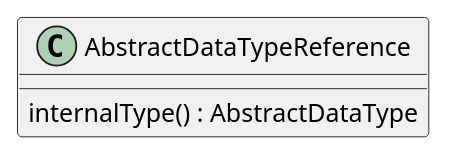
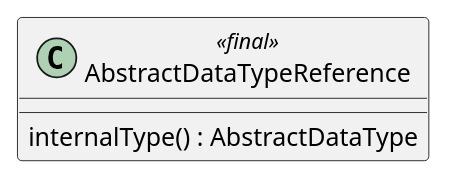
The diagram in type/AbstractDataTypeReference.iuml (binaire10/Traducteur-Algo), drawn with PlantUML before and after one commit. The commit also changed 5 other files, not shown here.

Commit message:
update uml

```diff
--- a/type/AbstractDataTypeReference.iuml
+++ b/type/AbstractDataTypeReference.iuml
@@ -1,3 +1,3 @@
-class AbstractDataTypeReference {
+class AbstractDataTypeReference<<final>> {
     internalType() : AbstractDataType
 }
```
